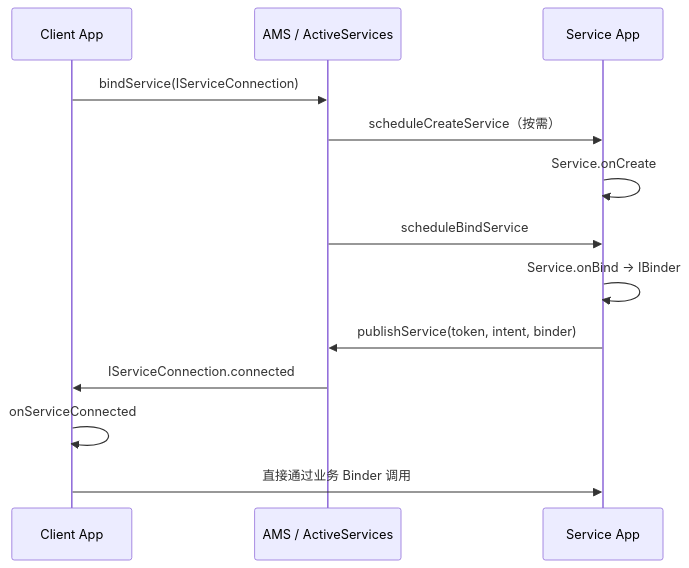
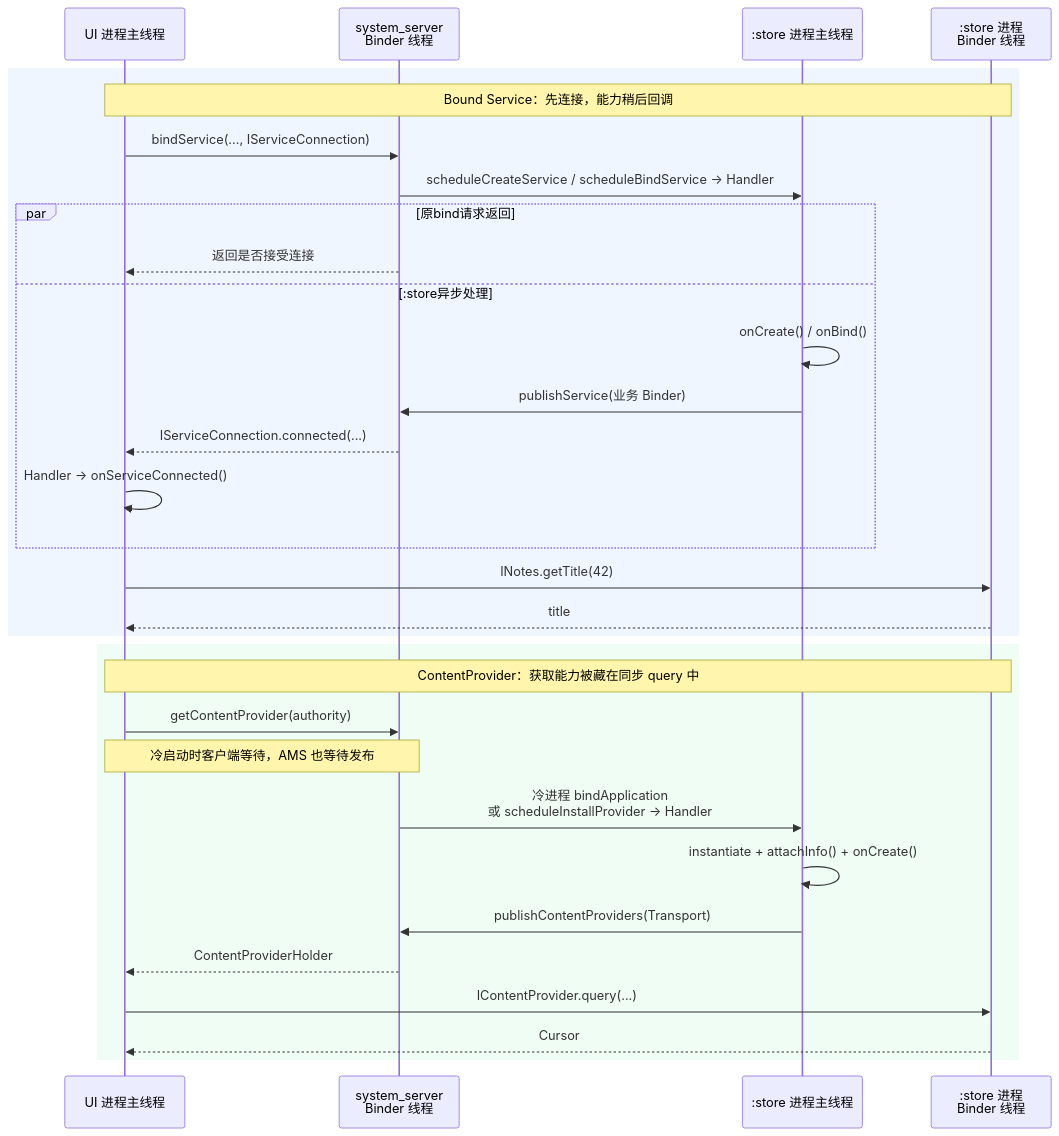
One commit to junyingzhao001/StudyNotes changed the diagram in Android源码学习/17-Service与ContentProvider跨进程组件.md. Above: the diagram before and after it, drawn with Mermaid. The commit also changed other lines of this file and 93 other files, not shown here.

````diff
--- a/Android源码学习/17-Service与ContentProvider跨进程组件.md
+++ b/Android源码学习/17-Service与ContentProvider跨进程组件.md
@@ -550,15 +81,35 @@
 ```mermaid
 sequenceDiagram
-    participant C as Client App
-    participant AMS as AMS / ActiveServices
-    participant S as Service App
-    C->>AMS: bindService(IServiceConnection)
-    AMS->>S: scheduleCreateService（按需）
-    S->>S: Service.onCreate
-    AMS->>S: scheduleBindService
-    S->>S: Service.onBind → IBinder
-    S->>AMS: publishService(token, intent, binder)
-    AMS->>C: IServiceConnection.connected
-    C->>C: onServiceConnected
-    C->>S: 直接通过业务 Binder 调用
+    participant C as UI 进程主线程
+    participant AMS as system_server<br/>Binder 线程
+    participant M as :store 进程主线程
+    participant B as :store 进程<br/>Binder 线程
+
+    rect rgb(239, 246, 255)
+    Note over C,B: Bound Service：先连接，能力稍后回调
+    C->>AMS: bindService(..., IServiceConnection)
+    AMS->>M: scheduleCreateService / scheduleBindService → Handler
+    par 原bind请求返回
+        AMS-->>C: 返回是否接受连接
+    and :store异步处理
+        M->>M: onCreate() / onBind()
+        M->>AMS: publishService(业务 Binder)
+        AMS-->>C: IServiceConnection.connected(...)
+        C->>C: Handler → onServiceConnected()
+    end
+    C->>B: INotes.getTitle(42)
+    B-->>C: title
+    end
+
+    rect rgb(240, 253, 244)
+    Note over C,B: ContentProvider：获取能力被藏在同步 query 中
+    C->>AMS: getContentProvider(authority)
+    Note over C,AMS: 冷启动时客户端等待，AMS 也等待发布
+    AMS->>M: 冷进程 bindApplication<br/>或 scheduleInstallProvider → Handler
+    M->>M: instantiate + attachInfo() + onCreate()
+    M->>AMS: publishContentProviders(Transport)
+    AMS-->>C: ContentProviderHolder
+    C->>B: IContentProvider.query(...)
+    B-->>C: Cursor
+    end
 ```
````
